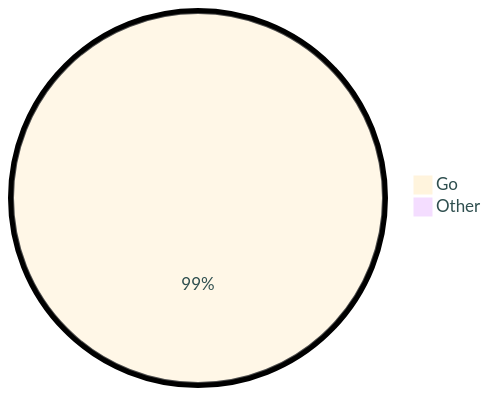
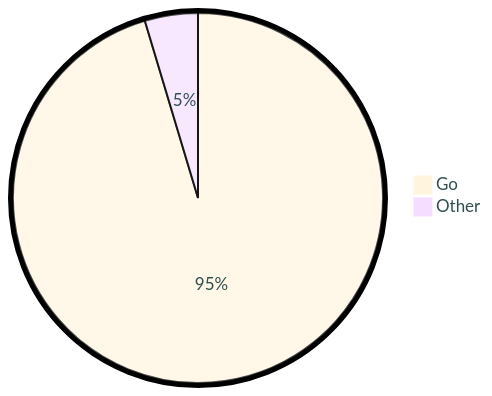
Before and after one commit to tot0p/tot0p: the diagram in README.md, drawn with Mermaid. The commit also changed other lines of this file, not shown here.

````diff
--- a/README.md
+++ b/README.md
@@ -67,6 +72,6 @@
 ```mermaid
 %%{init: {"pie": {"textPosition": 0.5}, "themeVariables": {"pieOuterStrokeWidth": "5px","primaryTextColor" : "#2F4F4F"},"theme":"base"} }%%
 pie
-	"Go": 99.46
-	"Other": 0.54
+	"Go": 95.36
+	"Other": 4.64
 ```
````
